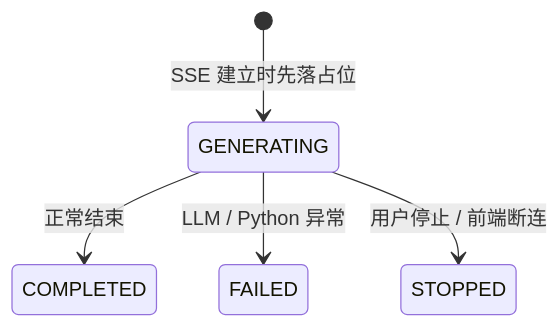
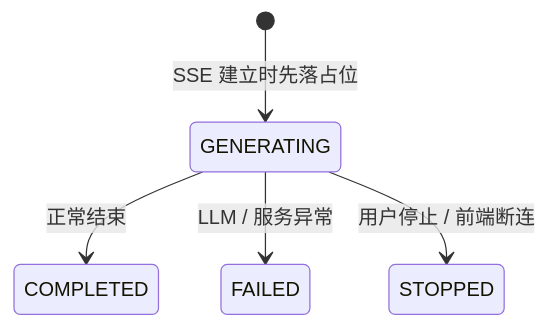
Before and after one commit to KONGBAI666666/xinyu: the third of 4 diagrams in README.md, drawn with Mermaid. The commit also changed other lines of this file and 227 other files, not shown here.

````diff
--- a/README.md
+++ b/README.md
@@ -109,7 +103,7 @@
 ```mermaid
 stateDiagram-v2
     [*] --> GENERATING: SSE 建立时先落占位
     GENERATING --> COMPLETED: 正常结束
-    GENERATING --> FAILED: LLM / Python 异常
+    GENERATING --> FAILED: LLM / 服务异常
     GENERATING --> STOPPED: 用户停止 / 前端断连
 ```
````
